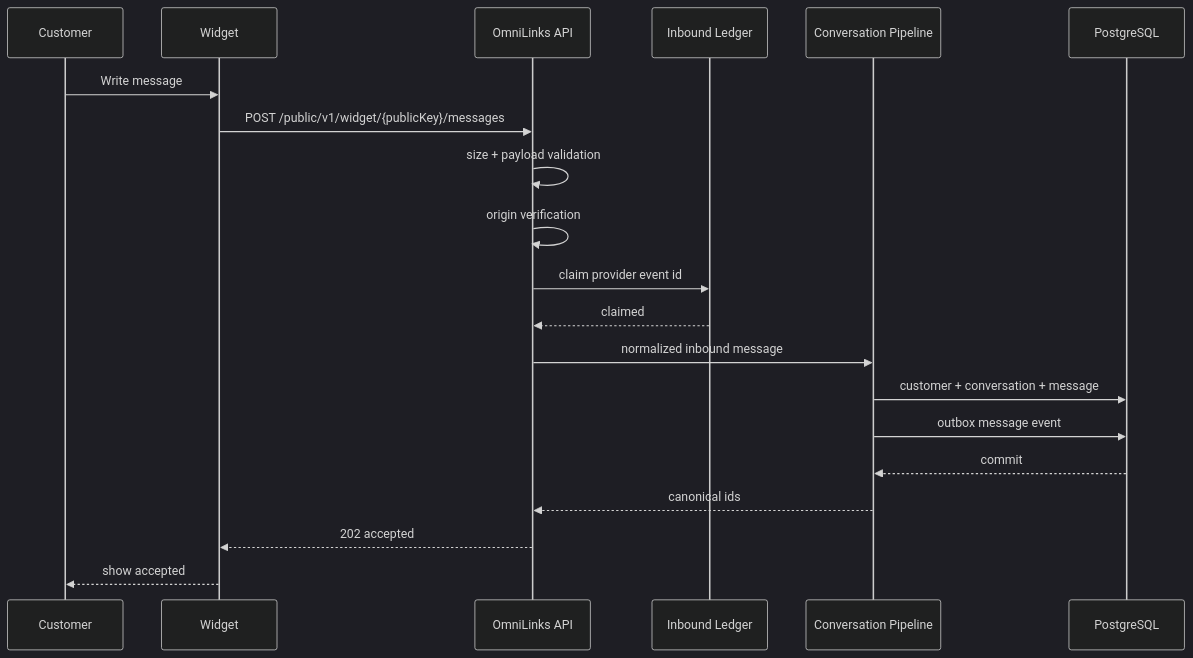
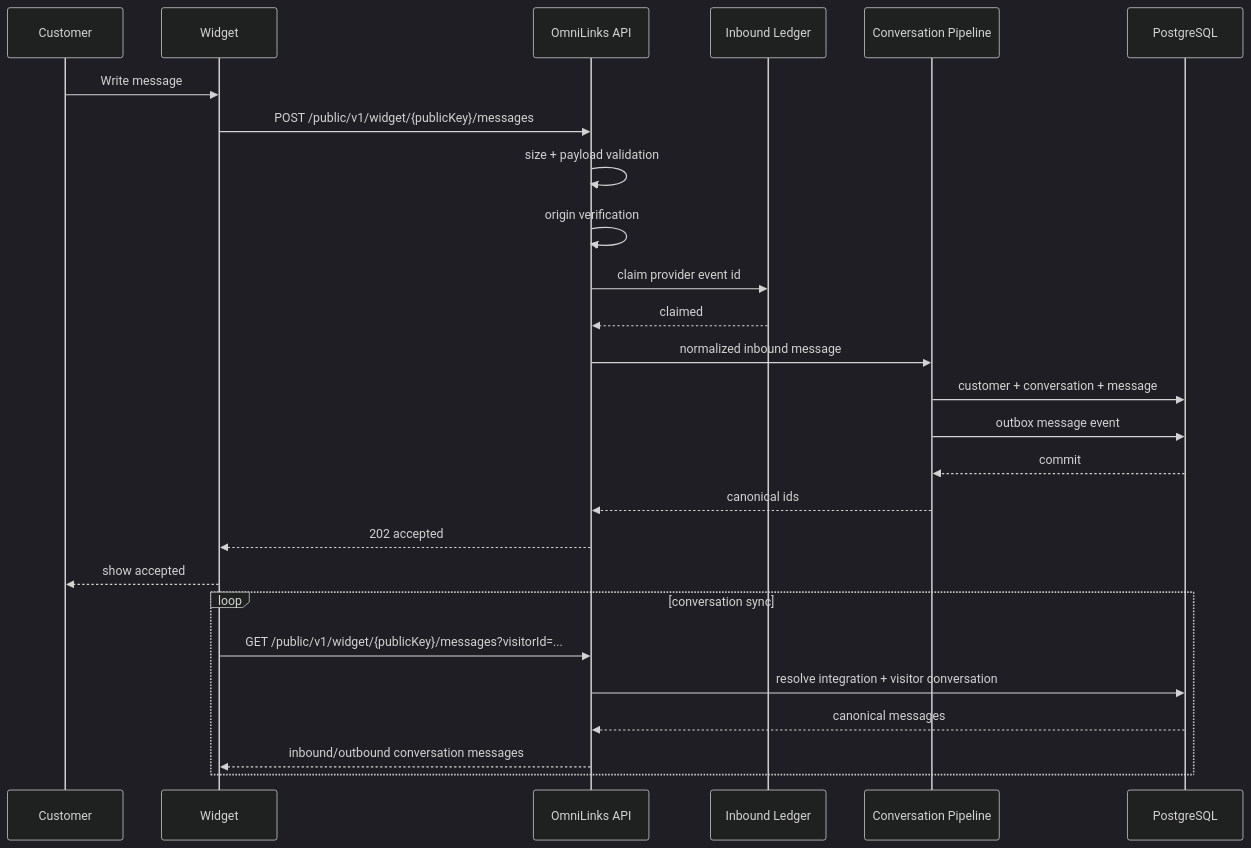
One commit to D-engahmed/OMILINKS changed the third of 6 diagrams in docs/engineering/phase-3-channels-webhooks.md. Above: the diagram before and after it, drawn with Mermaid (dark theme). The commit also changed other lines of this file and 4 other files, not shown here.

First line of the commit message:
feat: complete widget conversation readback loop (#16)

````diff
--- a/docs/engineering/phase-3-channels-webhooks.md
+++ b/docs/engineering/phase-3-channels-webhooks.md
@@ -93,22 +93,28 @@
 ```mermaid
 sequenceDiagram
 participant C as Customer
 participant W as Widget
 participant API as OmniLinks API
 participant L as Inbound Ledger
 participant P as Conversation Pipeline
 participant DB as PostgreSQL
 C->>W: Write message
 W->>API: POST /public/v1/widget/{publicKey}/messages
 API->>API: size + payload validation
 API->>API: origin verification
 API->>L: claim provider event id
 L-->>API: claimed
 API->>P: normalized inbound message
 P->>DB: customer + conversation + message
 P->>DB: outbox message event
 DB-->>P: commit
 P-->>API: canonical ids
 API-->>W: 202 accepted
 W-->>C: show accepted
+loop conversation sync
+  W->>API: GET /public/v1/widget/{publicKey}/messages?visitorId=...
+  API->>DB: resolve integration + visitor conversation
+  DB-->>API: canonical messages
+  API-->>W: inbound/outbound conversation messages
+end
 ```
````
